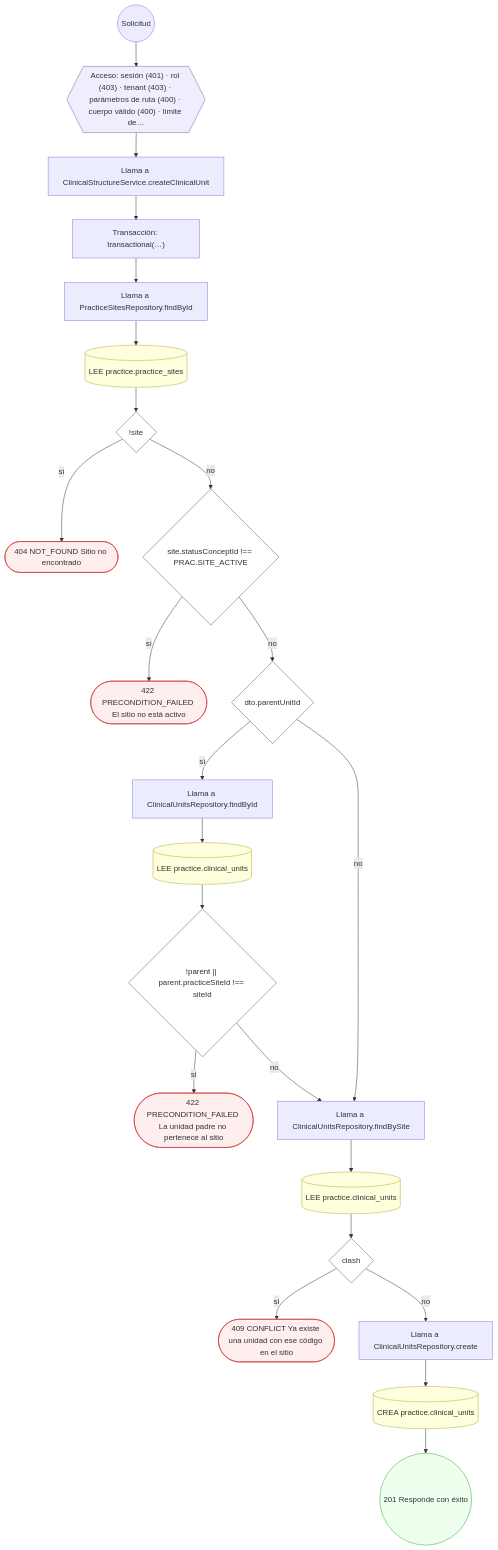
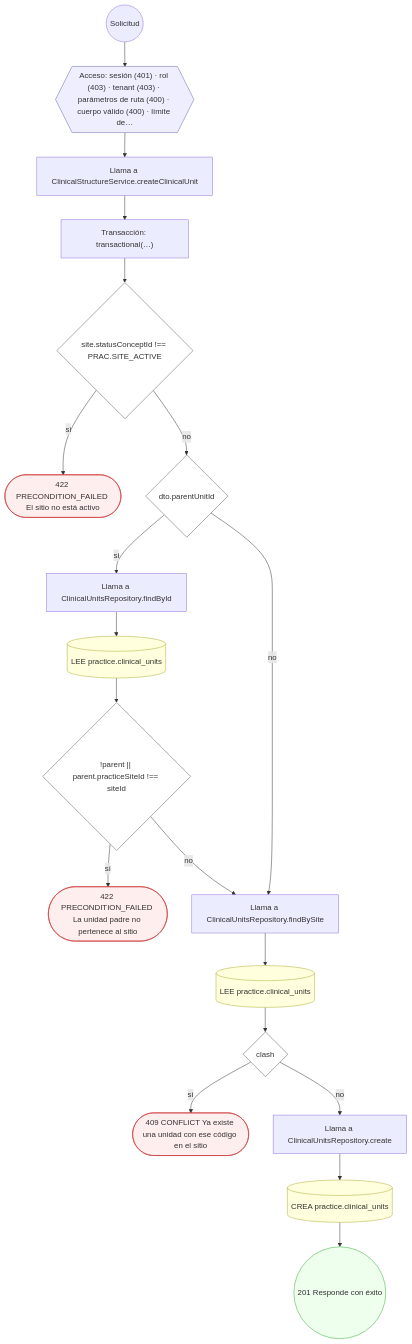
One commit to mdavila-2001/mantra-core-health-api changed diagram 30 of 30 in docs/inventario/flujos/practice.md. Above: the diagram before and after it, drawn with Mermaid. The commit also changed other lines of this file and 438 other files, not shown here.

````diff
--- a/docs/inventario/flujos/practice.md
+++ b/docs/inventario/flujos/practice.md
@@ -1951,53 +1920,45 @@
 ```mermaid
 flowchart TD
   n1(("Solicitud")):::inicio
   n2{{"Acceso: sesión (401) · rol (403) · tenant (403) · parámetros de ruta (400) · cuerpo válido (400) · límite de…"}}:::acceso
   n1 --> n2
   n3["Llama a ClinicalStructureService.createClinicalUnit"]:::llamada
   n2 --> n3
   n4["Transacción: transactional(…)"]:::transaccion
   n3 --> n4
-  n5["Llama a PracticeSitesRepository.findById"]:::llamada
+  n5{"site.statusConceptId !== PRAC.SITE_ACTIVE"}:::decision
   n4 --> n5
-  n6[("LEE practice.practice_sites")]:::efecto
-  n5 --> n6
-  n7{"!site"}:::decision
-  n6 --> n7
-  n8(["404 NOT_FOUND Sitio no encontrado"]):::error
+  n6(["422 PRECONDITION_FAILED El sitio no está activo"]):::error
+  n5 -->|"sí"| n6
+  n7{"dto.parentUnitId"}:::decision
+  n5 -->|"no"| n7
+  n8["Llama a ClinicalUnitsRepository.findById"]:::llamada
   n7 -->|"sí"| n8
-  n9{"site.statusConceptId !== PRAC.SITE_ACTIVE"}:::decision
-  n7 -->|"no"| n9
-  n10(["422 PRECONDITION_FAILED El sitio no está activo"]):::error
-  n9 -->|"sí"| n10
-  n11{"dto.parentUnitId"}:::decision
-  n9 -->|"no"| n11
-  n12["Llama a ClinicalUnitsRepository.findById"]:::llamada
-  n11 -->|"sí"| n12
+  n9[("LEE practice.clinical_units")]:::efecto
+  n8 --> n9
+  n10{"!parent || parent.practiceSiteId !== siteId"}:::decision
+  n9 --> n10
+  n11(["422 PRECONDITION_FAILED La unidad padre no pertenece al sitio"]):::error
+  n10 -->|"sí"| n11
+  n12["Llama a ClinicalUnitsRepository.findBySite"]:::llamada
+  n10 -->|"no"| n12
+  n7 -->|"no"| n12
   n13[("LEE practice.clinical_units")]:::efecto
   n12 --> n13
-  n14{"!parent || parent.practiceSiteId !== siteId"}:::decision
+  n14{"clash"}:::decision
   n13 --> n14
-  n15(["422 PRECONDITION_FAILED La unidad padre no pertenece al sitio"]):::error
+  n15(["409 CONFLICT Ya existe una unidad con ese código en el sitio"]):::error
   n14 -->|"sí"| n15
-  n16["Llama a ClinicalUnitsRepository.findBySite"]:::llamada
+  n16["Llama a ClinicalUnitsRepository.create"]:::llamada
   n14 -->|"no"| n16
-  n11 -->|"no"| n16
-  n17[("LEE practice.clinical_units")]:::efecto
+  n17[("CREA practice.clinical_units")]:::efecto
   n16 --> n17
-  n18{"clash"}:::decision
+  n18(("201 Responde con éxito")):::ok
   n17 --> n18
-  n19(["409 CONFLICT Ya existe una unidad con ese código en el sitio"]):::error
-  n18 -->|"sí"| n19
-  n20["Llama a ClinicalUnitsRepository.create"]:::llamada
-  n18 -->|"no"| n20
-  n21[("CREA practice.clinical_units")]:::efecto
-  n20 --> n21
-  n22(("201 Responde con éxito")):::ok
-  n21 --> n22
   classDef acceso fill:#eef,stroke:#66a
   classDef error fill:#fee,stroke:#c33
   classDef ok fill:#efe,stroke:#3a3
   classDef efecto fill:#ffd,stroke:#aa3
   classDef decision fill:#fff,stroke:#555
   classDef corte fill:#eee,stroke:#999,stroke-dasharray: 4
 ```
````
